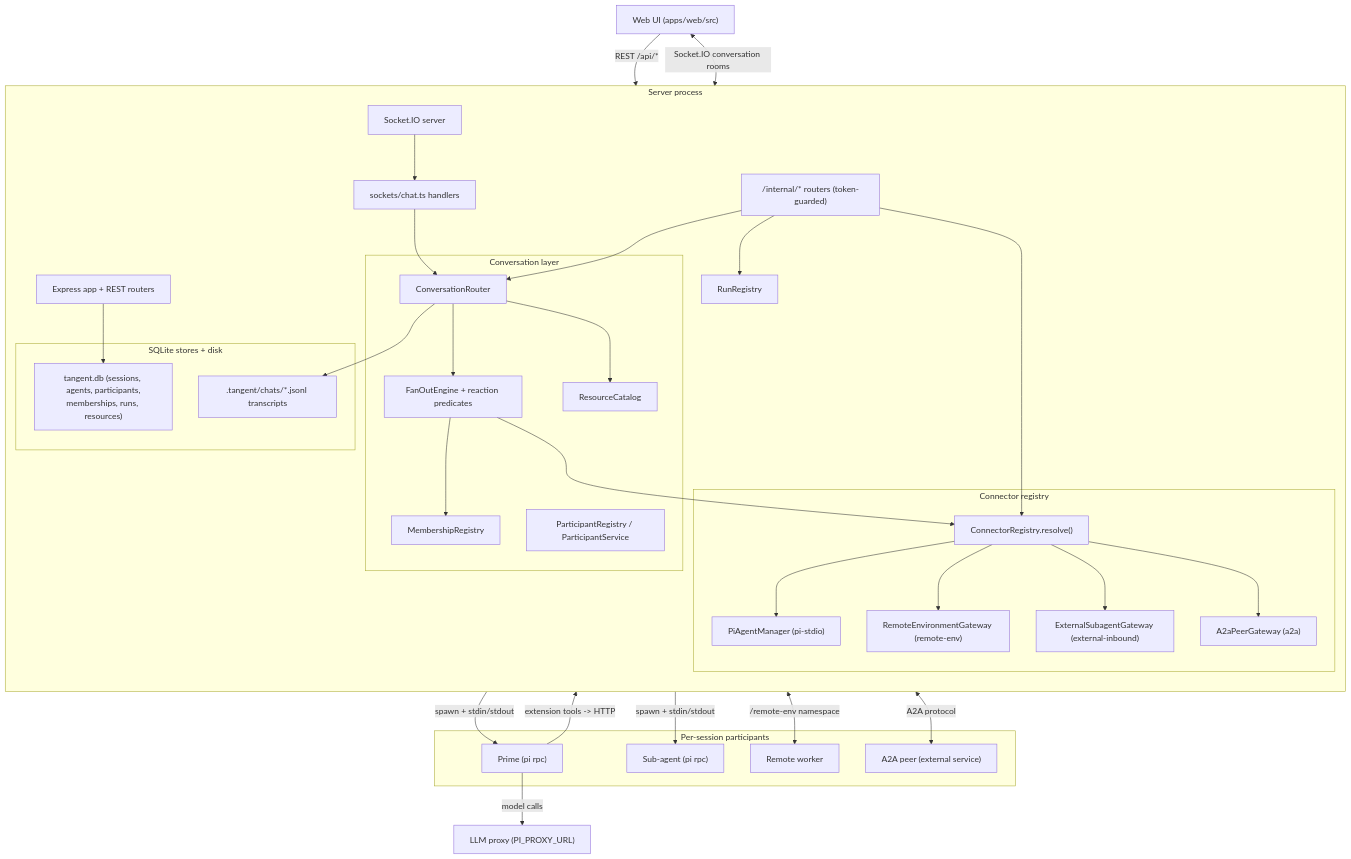
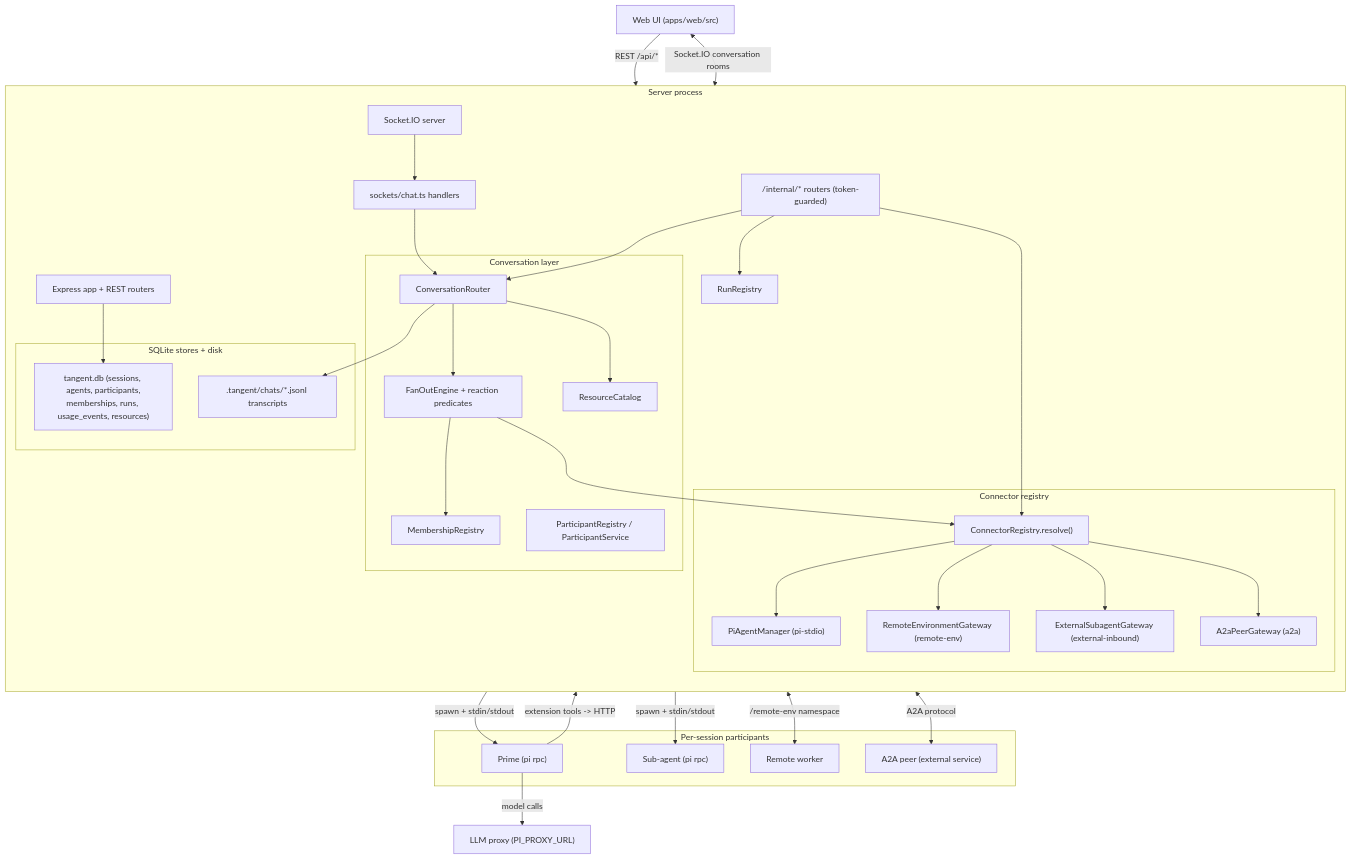
The diagram in docs/server/index.md (TangleML/tangent-shell), drawn with Mermaid before and after one commit. The commit also changed other lines of this file and 21 other files, not shown here.

Commit message:
feat: capture agents usage and cost

````diff
--- a/docs/server/index.md
+++ b/docs/server/index.md
@@ -40,68 +40,68 @@
 ```mermaid
 flowchart TB
   UI["Web UI (apps/web/src)"]
 
   subgraph server [Server process]
     direction TB
     Express["Express app + REST routers"]
     SocketIO["Socket.IO server"]
     ChatHandlers["sockets/chat.ts handlers"]
     InternalAPI["/internal/* routers (token-guarded)"]
 
     subgraph conv [Conversation layer]
       Router["ConversationRouter"]
       FanOut["FanOutEngine + reaction predicates"]
       Memberships["MembershipRegistry"]
       Participants["ParticipantRegistry / ParticipantService"]
       Resources["ResourceCatalog"]
     end
 
     subgraph connect [Connector registry]
       Registry["ConnectorRegistry.resolve()"]
       PiManager["PiAgentManager (pi-stdio)"]
       RemoteGW["RemoteEnvironmentGateway (remote-env)"]
       ExternalGW["ExternalSubagentGateway (external-inbound)"]
       A2AGW["A2aPeerGateway (a2a)"]
     end
 
     Runs["RunRegistry"]
 
     subgraph stores [SQLite stores + disk]
-      DB["tangent.db (sessions, agents, participants,<br/>memberships, runs, resources)"]
+      DB["tangent.db (sessions, agents, participants,<br/>memberships, runs, usage_events, resources)"]
       JSONL[".tangent/chats/*.jsonl transcripts"]
     end
   end
 
   subgraph agents [Per-session participants]
     Prime["Prime (pi rpc)"]
     Sub1["Sub-agent (pi rpc)"]
     Remote["Remote worker"]
     Peer["A2A peer (external service)"]
   end
 
   LLM["LLM proxy (PI_PROXY_URL)"]
 
   UI -->|"REST /api/*"| Express
   UI <-->|"Socket.IO conversation rooms"| SocketIO
   SocketIO --> ChatHandlers
   ChatHandlers --> Router
   Router --> FanOut
   FanOut --> Memberships
   FanOut --> Registry
   Router --> Resources
   Router --> JSONL
   Express --> DB
   Registry --> PiManager
   Registry --> RemoteGW
   Registry --> ExternalGW
   Registry --> A2AGW
   PiManager -->|spawn + stdin/stdout| Prime
   PiManager -->|spawn + stdin/stdout| Sub1
   RemoteGW <-->|"/remote-env namespace"| Remote
   A2AGW <-->|"A2A protocol"| Peer
   Prime -->|"extension tools -> HTTP"| InternalAPI
   InternalAPI --> Registry
   InternalAPI --> Router
   InternalAPI --> Runs
   Prime -->|model calls| LLM
 ```
````
